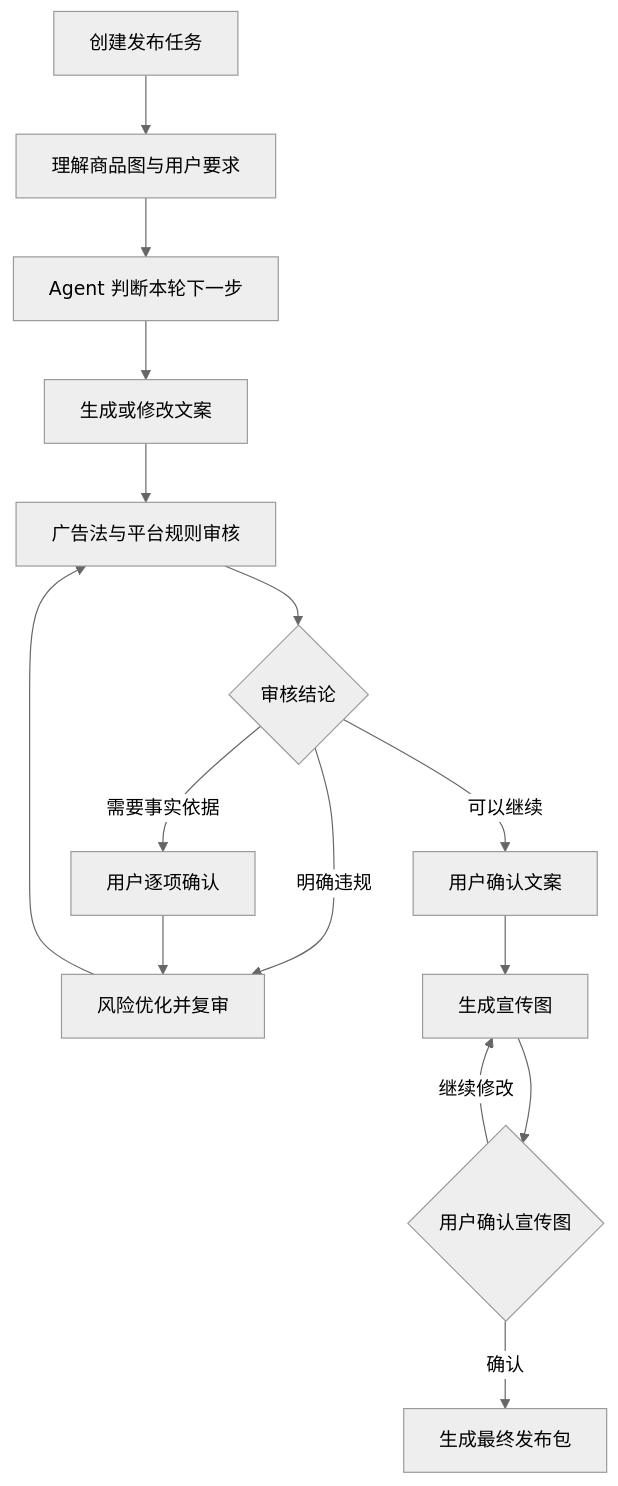
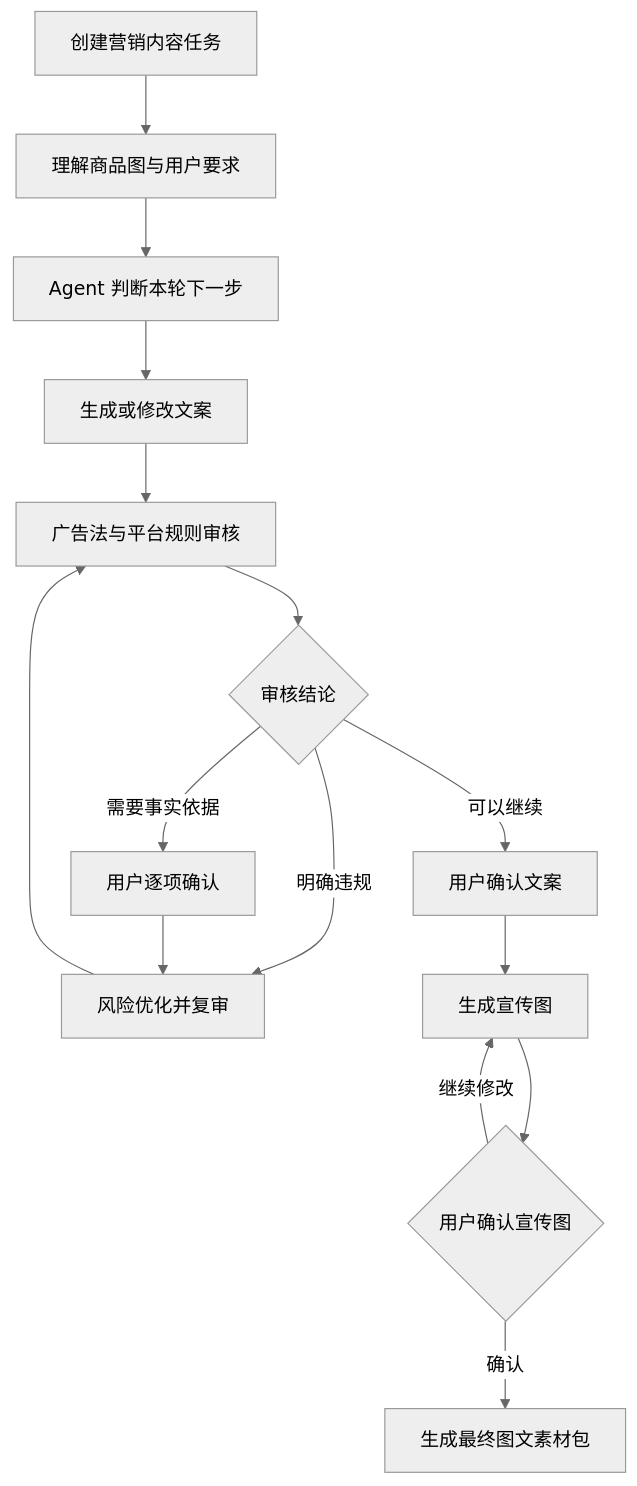
The diagram in README.md (Pszzz1/EcomAgent), drawn with Mermaid (neutral theme) before and after one commit. The commit also changed other lines of this file and 2 other files, not shown here.

````diff
--- a/README.md
+++ b/README.md
@@ -54,17 +56,17 @@
 ```mermaid
 flowchart TD
-    A[创建发布任务] --> B[理解商品图与用户要求]
+    A[创建营销内容任务] --> B[理解商品图与用户要求]
     B --> C[Agent 判断本轮下一步]
     C --> D[生成或修改文案]
     D --> E[广告法与平台规则审核]
     E --> F{审核结论}
     F -->|明确违规| G[风险优化并复审]
     F -->|需要事实依据| H[用户逐项确认]
     F -->|可以继续| I[用户确认文案]
     H --> G
     G --> E
     I --> J[生成宣传图]
     J --> K{用户确认宣传图}
     K -->|继续修改| J
-    K -->|确认| L[生成最终发布包]
+    K -->|确认| L[生成最终图文素材包]
 ```
````
